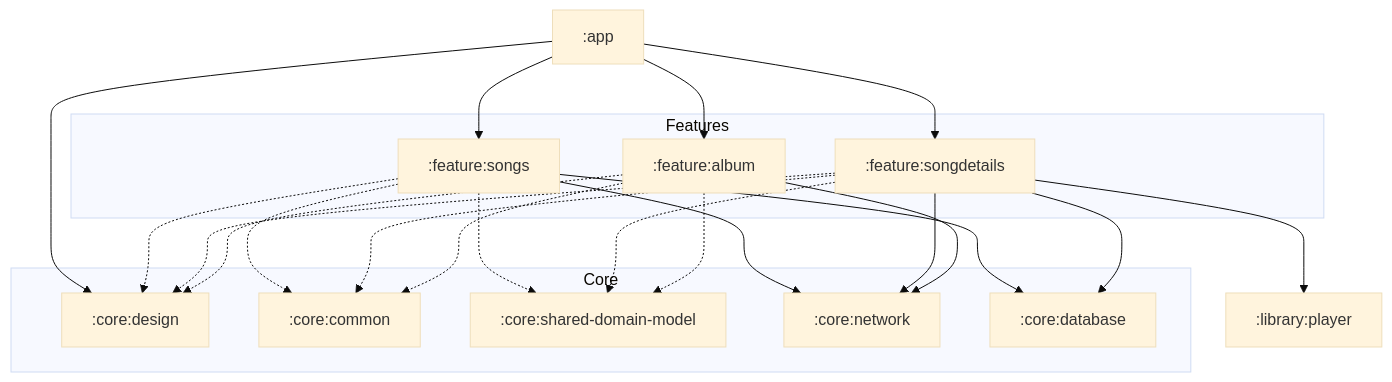
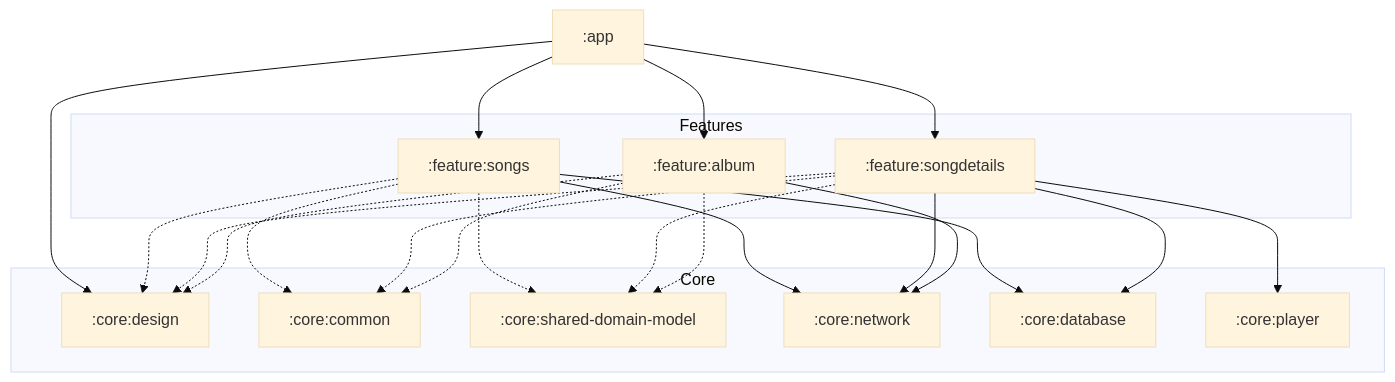
Before and after one commit to lucasdias4/moisesai-android-challange: the diagram in README.md, drawn with Mermaid (base theme). The commit also changed other lines of this file and 49 other files, not shown here.

````diff
--- a/README.md
+++ b/README.md
@@ -90,26 +90,25 @@
 ```mermaid
 graph TD
     app[":app"]
 
     subgraph features["Features"]
         songs[":feature:songs"]
         songdetails[":feature:songdetails"]
         album[":feature:album"]
     end
 
     subgraph core["Core"]
         design[":core:design"]
         common[":core:common"]
         shared[":core:shared-domain-model"]
         network[":core:network"]
         database[":core:database"]
+        player[":core:player"]
     end
-
-    player[":library:player"]
 
     app --> songs & songdetails & album & design
     songs --> network & database
     songdetails --> network & database & player
     album --> network
     songs & songdetails & album -.-> design & common & shared
 ```
````
